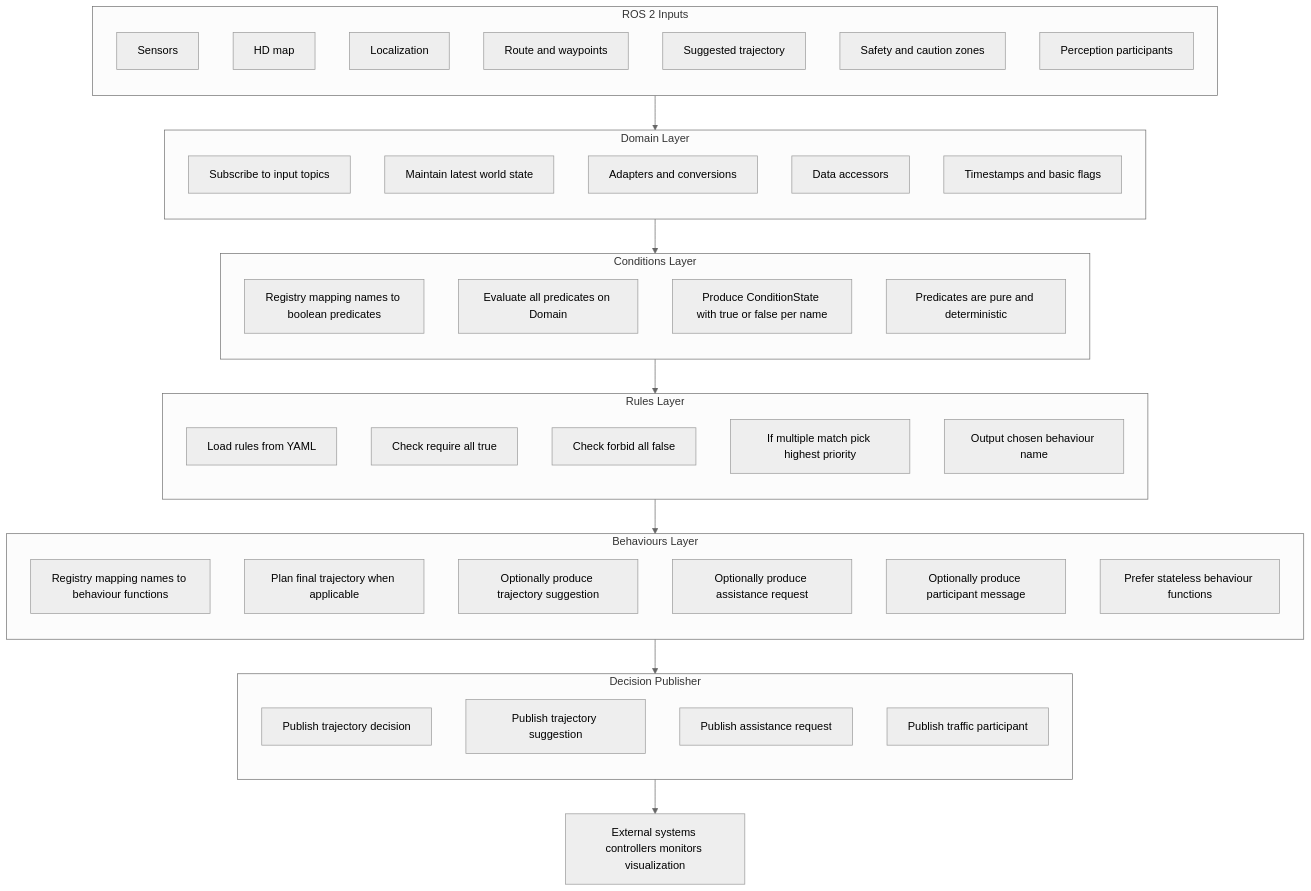
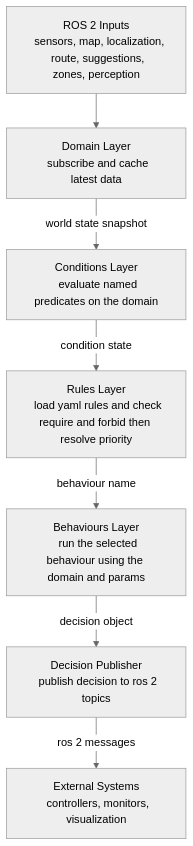
One commit to eclipse-adore/adore_decision_maker changed the diagram in README.md. Above: the diagram before and after it, drawn with Mermaid (neutral theme).

Commit message:
update diagram

````diff
--- a/README.md
+++ b/README.md
@@ -5,73 +5,42 @@
 ```mermaid
 
 flowchart TD
-    %% Top-to-bottom layered system flow
 
-    %% Inputs
-    subgraph A[ROS 2 Inputs]
-      direction TB
-      A1[Sensors]
-      A2[HD map]
-      A3[Localization]
-      A4[Route and waypoints]
-      A5[Suggested trajectory]
-      A6[Safety and caution zones]
-      A7[Perception participants]
-    end
+  A[ROS 2 Inputs
+  sensors, map, localization,
+  route, suggestions, zones, perception]
 
-    %% Domain
-    subgraph B[Domain Layer]
-      direction TB
-      B1[Subscribe to input topics]
-      B2[Maintain latest world state]
-      B3[Adapters and conversions]
-      B4[Data accessors]
-      B5[Timestamps and basic flags]
-    end
+  B[Domain Layer
+  subscribe and cache latest data
+  ]
 
-    %% Conditions
-    subgraph C[Conditions Layer]
-      direction TB
-      C1[Registry mapping names to boolean predicates]
-      C2[Evaluate all predicates on Domain]
-      C3[Produce ConditionState with true or false per name]
-      C4[Predicates are pure and deterministic]
-    end
+  C[Conditions Layer
+  evaluate named predicates on the domain
+  ]
 
-    %% Rules
-    subgraph D[Rules Layer]
-      direction TB
-      D1[Load rules from YAML]
-      D2[Check require all true]
-      D3[Check forbid all false]
-      D4[If multiple match pick highest priority]
-      D5[Output chosen behaviour name]
-    end
+  D[Rules Layer
+  load yaml rules and check require and forbid then resolve priority
+  ]
 
-    %% Behaviours
-    subgraph E[Behaviours Layer]
-      direction TB
-      E1[Registry mapping names to behaviour functions]
-      E2[Plan final trajectory when applicable]
-      E3[Optionally produce trajectory suggestion]
-      E4[Optionally produce assistance request]
-      E5[Optionally produce participant message]
-      E6[Prefer stateless behaviour functions]
-    end
+  E[Behaviours Layer
+  run the selected behaviour using the domain and params
+  ]
 
-    %% Publisher
-    subgraph F[Decision Publisher]
-      direction TB
-      F1[Publish trajectory decision]
-      F2[Publish trajectory suggestion]
-      F3[Publish assistance request]
-      F4[Publish traffic participant]
-    end
+  F[Decision Publisher
+  publish decision to ros 2 topics
+  ]
 
-    G[External systems controllers monitors visualization]
+  G[External Systems
+  controllers, monitors, visualization]
 
-    %% Flow
-    A --> B --> C --> D --> E --> F --> G
+  %% Flow with explicit outputs on edges
+  A --> B
+  B -->|world state snapshot| C
+  C -->|condition state| D
+  D -->|behaviour name| E
+  E -->|decision object| F
+  F -->|ros 2 messages| G
+
 
 
 ```
````
